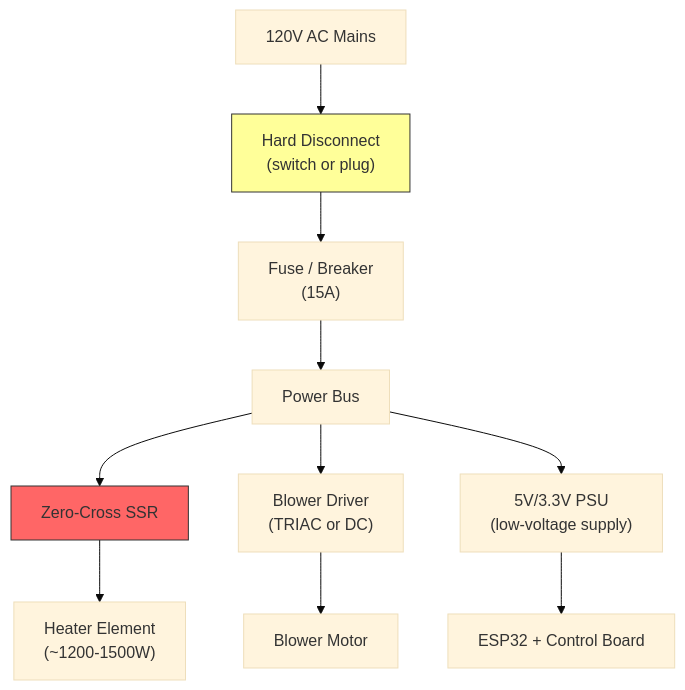
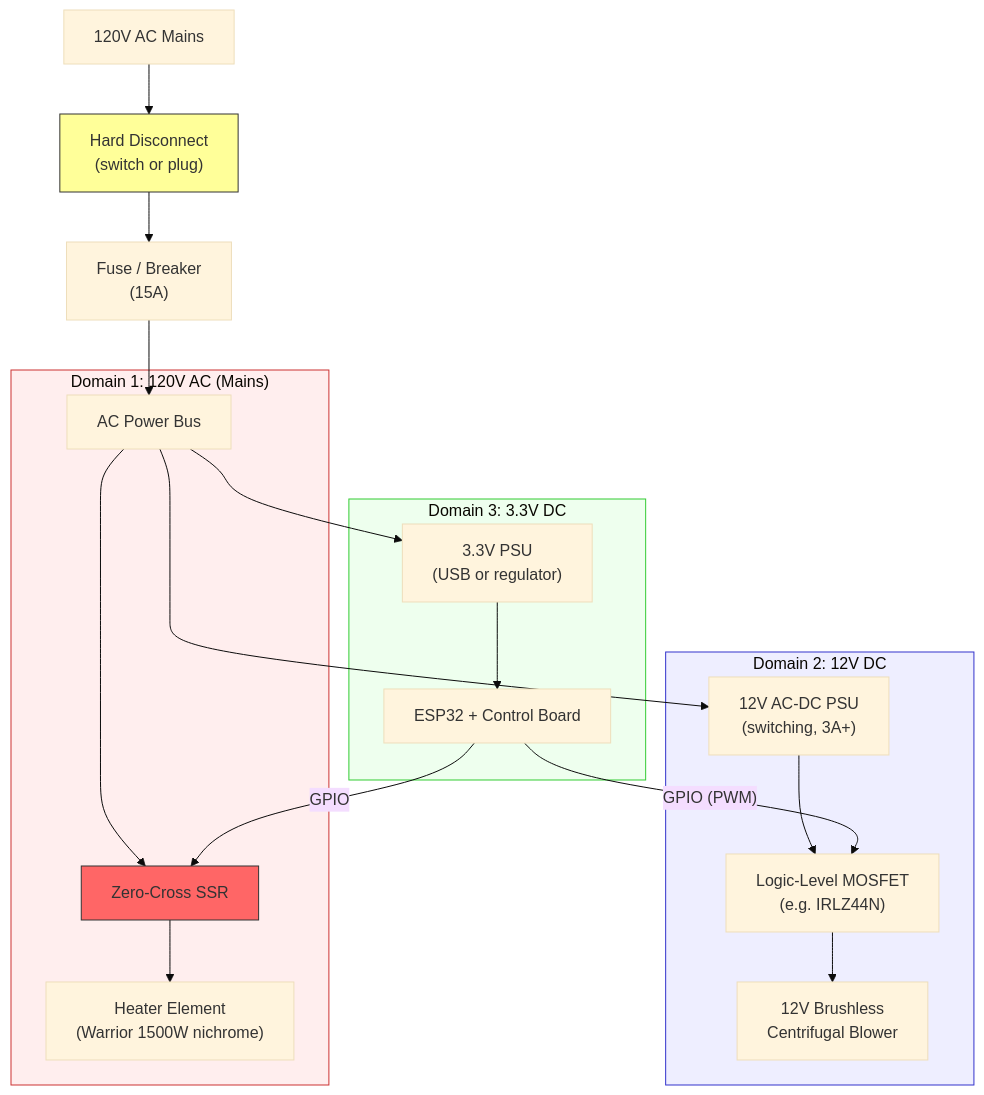
One commit to tom-jordan23/roaster changed the second of 4 diagrams in docs/system/block-diagram.md. Above: the diagram before and after it, drawn with Mermaid (base theme). The commit also changed other lines of this file and 4 other files, not shown here.

Commit message:
heater and blower decision

````diff
--- a/docs/system/block-diagram.md
+++ b/docs/system/block-diagram.md
@@ -47,18 +47,31 @@
 ```mermaid
 flowchart TD
     MAINS["120V AC Mains"] --> DISC["Hard Disconnect\n(switch or plug)"]
     DISC --> FUSE["Fuse / Breaker\n(15A)"]
-    FUSE --> BUS["Power Bus"]
+    FUSE --> BUS["AC Power Bus"]
 
-    BUS --> SSR["Zero-Cross SSR"]
-    SSR --> HTR["Heater Element\n(~1200-1500W)"]
+    subgraph DOMAIN1["Domain 1: 120V AC (Mains)"]
+        BUS --> SSR["Zero-Cross SSR"]
+        SSR --> HTR["Heater Element\n(Warrior 1500W nichrome)"]
+    end
 
-    BUS --> BLWR_DRV["Blower Driver\n(TRIAC or DC)"]
-    BLWR_DRV --> BLWR["Blower Motor"]
+    subgraph DOMAIN2["Domain 2: 12V DC"]
+        BUS --> PSU12["12V AC-DC PSU\n(switching, 3A+)"]
+        PSU12 --> MOSFET["Logic-Level MOSFET\n(e.g. IRLZ44N)"]
+        MOSFET --> BLWR["12V Brushless\nCentrifugal Blower"]
+    end
 
-    BUS --> PSU["5V/3.3V PSU\n(low-voltage supply)"]
-    PSU --> ESP["ESP32 + Control Board"]
+    subgraph DOMAIN3["Domain 3: 3.3V DC"]
+        BUS --> PSU3["3.3V PSU\n(USB or regulator)"]
+        PSU3 --> ESP["ESP32 + Control Board"]
+    end
+
+    ESP -->|"GPIO (PWM)"| MOSFET
+    ESP -->|"GPIO"| SSR
 
     style SSR fill:#f66,stroke:#333
     style DISC fill:#ff9,stroke:#333
+    style DOMAIN1 fill:#fee,stroke:#c33
+    style DOMAIN2 fill:#eef,stroke:#33c
+    style DOMAIN3 fill:#efe,stroke:#3c3
 ```
````
